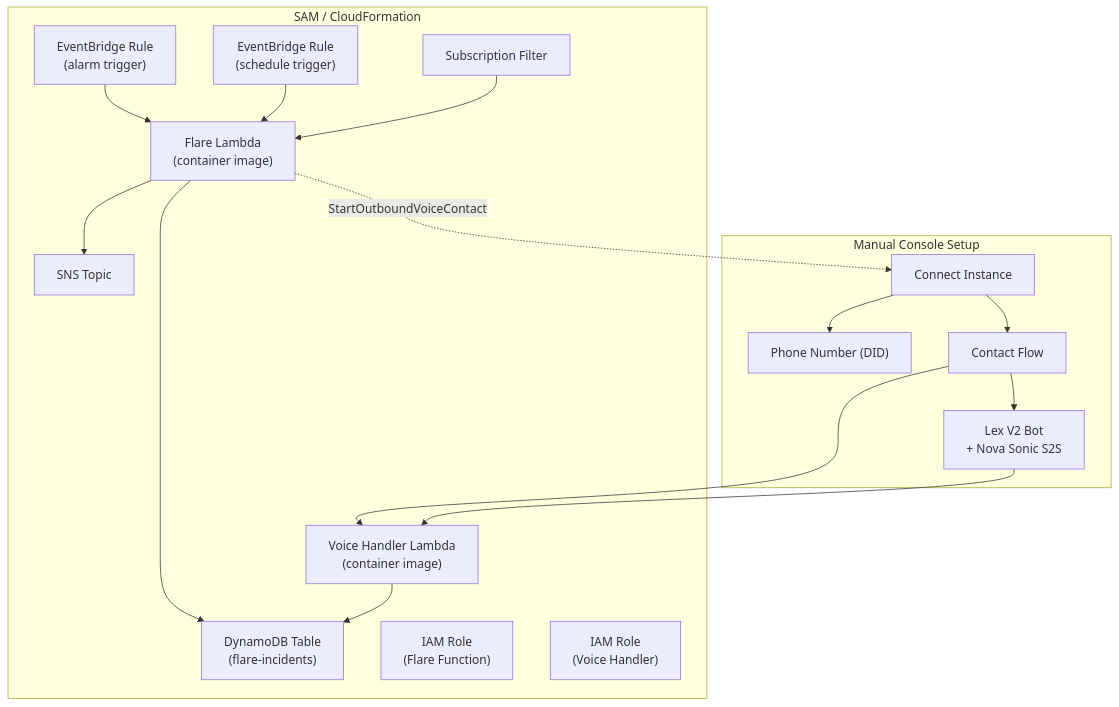
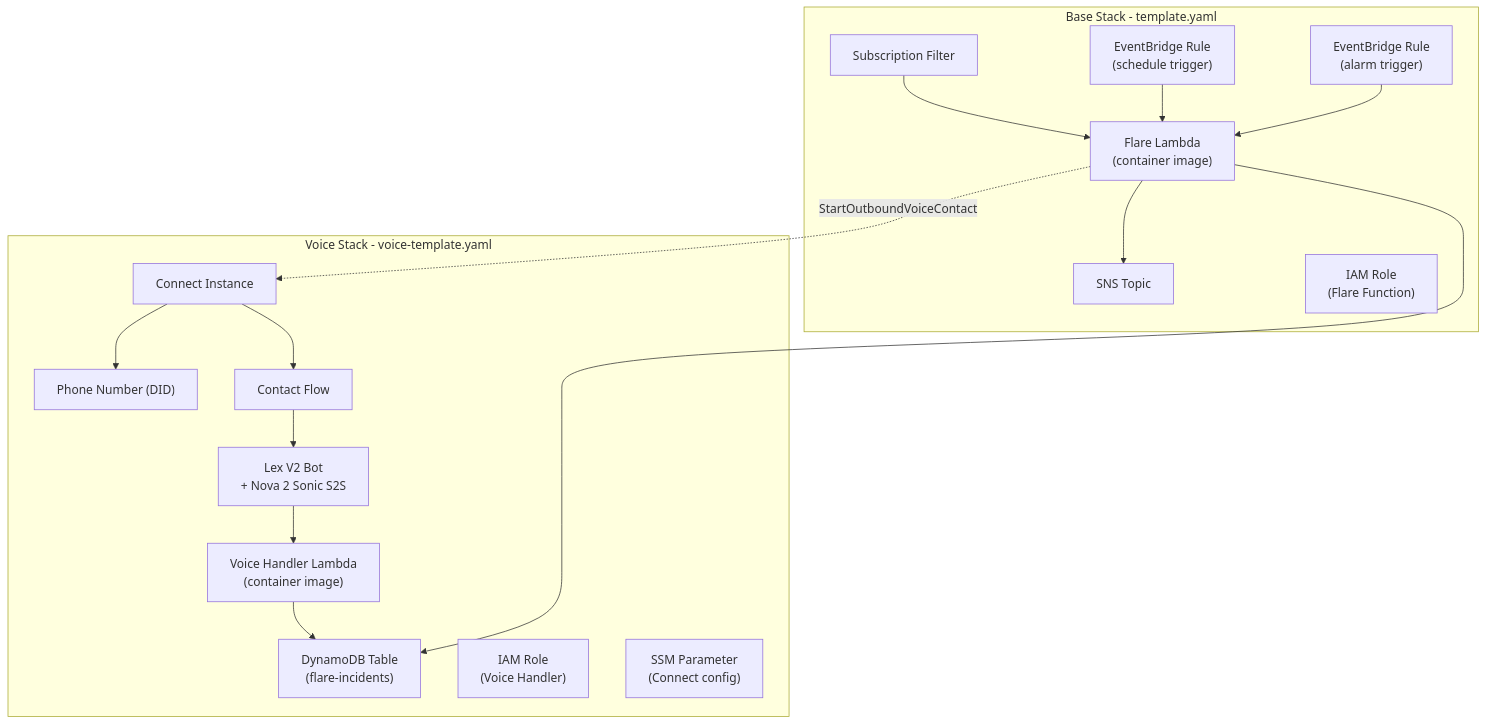
Before and after one commit to Shendu09/Nexus-nova: the eighth of 8 diagrams in docs/architecture.md, drawn with Mermaid. The commit also changed other lines of this file and 6 other files, not shown here.

First line of the commit message:
Route all voice through Nova 2 Sonic and update documentation

````diff
--- a/docs/architecture.md
+++ b/docs/architecture.md
@@ -287,34 +287,34 @@
 ```mermaid
 flowchart TD
-    subgraph sam [SAM / CloudFormation]
+    subgraph base [Base Stack - template.yaml]
         FN["Flare Lambda\n(container image)"]
-        VFN["Voice Handler Lambda\n(container image)"]
-        DDB["DynamoDB Table\n(flare-incidents)"]
         SNS["SNS Topic"]
         ER1["EventBridge Rule\n(alarm trigger)"]
         ER2["EventBridge Rule\n(schedule trigger)"]
         SF["Subscription Filter"]
         R1["IAM Role\n(Flare Function)"]
-        R2["IAM Role\n(Voice Handler)"]
     end
 
-    subgraph manual [Manual Console Setup]
+    subgraph voice [Voice Stack - voice-template.yaml]
+        VFN["Voice Handler Lambda\n(container image)"]
+        DDB["DynamoDB Table\n(flare-incidents)"]
         CI["Connect Instance"]
         PN["Phone Number (DID)"]
         CF["Contact Flow"]
-        LB["Lex V2 Bot\n+ Nova Sonic S2S"]
+        LB["Lex V2 Bot\n+ Nova 2 Sonic S2S"]
+        R2["IAM Role\n(Voice Handler)"]
+        SSM["SSM Parameter\n(Connect config)"]
     end
 
     ER1 --> FN
     ER2 --> FN
     SF --> FN
     FN --> SNS
     FN --> DDB
     FN -.->|StartOutboundVoiceContact| CI
     CI --> PN
     CI --> CF
-    CF --> VFN
     CF --> LB
     LB --> VFN
     VFN --> DDB
 ```
````
